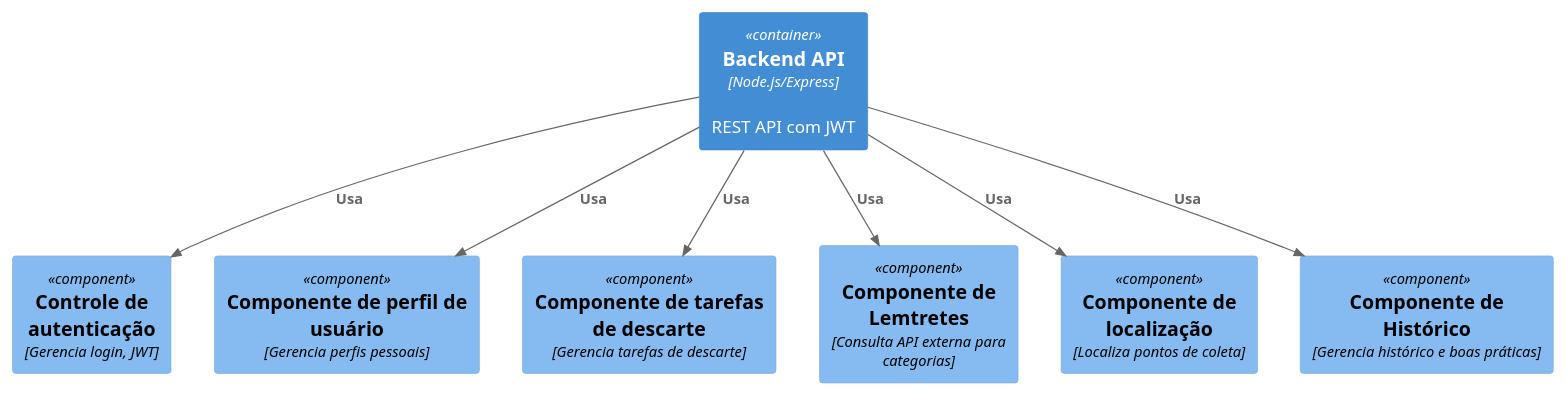
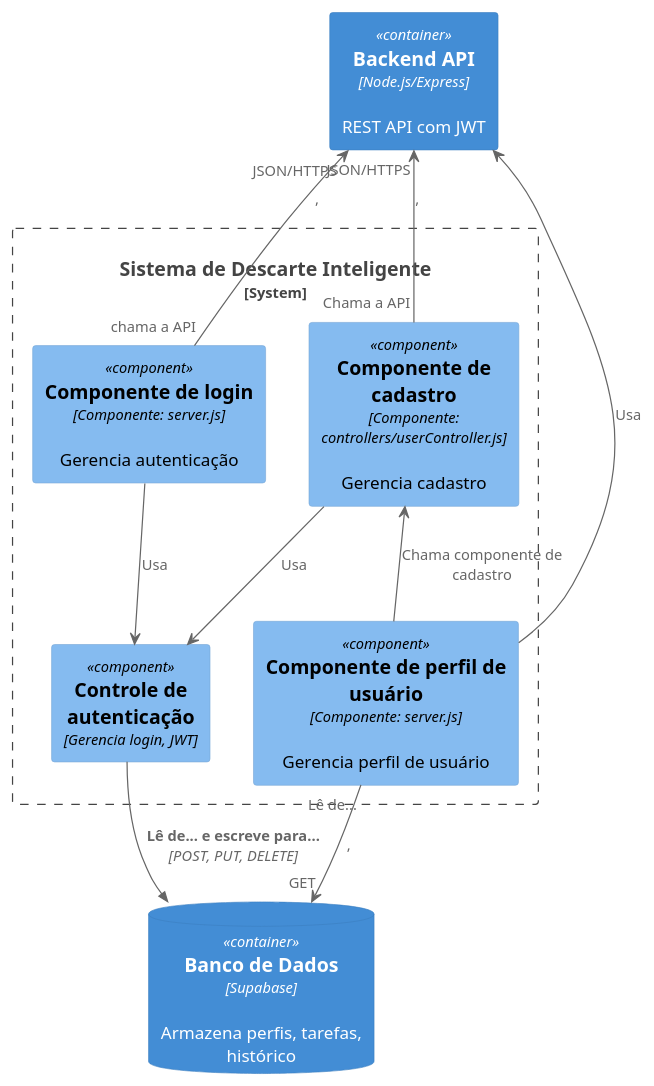
One commit to vitorotto/Faccat_Backend_G1 changed the diagram in diagramasC4/componentes.puml. Above: the diagram before and after it, drawn with PlantUML.

Commit message:
ATT: Atualização diagrama de componentes

```diff
--- a/diagramasC4/componentes.puml
+++ b/diagramasC4/componentes.puml
@@ -1,20 +1,40 @@
 @startuml c4_component
 !includeurl https://raw.githubusercontent.com/plantuml-stdlib/C4-PlantUML/master/C4_Component.puml
 
 Container(api, "Backend API", "Node.js/Express", "REST API com JWT")
 
-Component(authController, "Controle de autenticação", "Gerencia login, JWT")
-Component(userProfileService, "Componente de perfil de usuário", "Gerencia perfis pessoais")
-Component(taskService, "Componente de tarefas de descarte", "Gerencia tarefas de descarte")
-Component(suggestionService, "Componente de Lemtretes", "Consulta API externa para categorias")
-Component(locationService, "Componente de localização", "Localiza pontos de coleta")
-Component(historyService, "Componente de Histórico", "Gerencia histórico e boas práticas")
+System_Boundary(system, "Sistema de Descarte Inteligente") {
+    
+    Component(signUp, "Componente de cadastro", "Componente: controllers/userController.js", "Gerencia cadastro")
+    Component(signInServer, "Componente de login", "Componente: server.js", "Gerencia autenticação")
+    Component(authController, "Controle de autenticação", "Gerencia login, JWT")
+    Component(userProfileService, "Componente de perfil de usuário", "Componente: server.js", "Gerencia perfil de usuário")
+    ' Component(taskService, "Componente de tarefas de descarte", "Gerencia tarefas de descarte")
+    ' Component(suggestionService, "Componente de Lemtretes", "Consulta API externa para categorias")
+    ' Component(locationService, "Componente de localização", "Localiza pontos de coleta")
+    ' Component(historyService, "Componente de Histórico", "Gerencia histórico e boas práticas")
+}
 
-Rel(api, authController, "Usa")
-Rel(api, userProfileService, "Usa")
-Rel(api, taskService, "Usa")
-Rel(api, suggestionService, "Usa")
-Rel(api, locationService, "Usa")
-Rel(api, historyService, "Usa")
+ContainerDb(db, "Banco de Dados", "Supabase", "Armazena perfis, tarefas, histórico")
+
+' Componente de cadastro
+signUp -up-> api : "Chama a API", "JSON/HTTPS"
+signUp -down-> authController : "Usa"
+
+' Componente de login
+signInServer -up-> api : "chama a API", "JSON/HTTPS"
+signInServer -down-> authController : "Usa"
+
+' Gerenciamanto de perfil chama cadastro para editar dados
+userProfileService -right-> api : "Usa"
+userProfileService -> db : "Lê de...", "GET"
+userProfileService -up-> signUp : "Chama componente de cadastro"
+' Rel(api, taskService, "Usa")
+' Rel(api, suggestionService, "Usa")
+' Rel(api, locationService, "Usa")
+' Rel(api, historyService, "Usa")
+
+
+Rel(authController, db, "Lê de... e escreve para...", "POST, PUT, DELETE")
 
 @enduml
```
